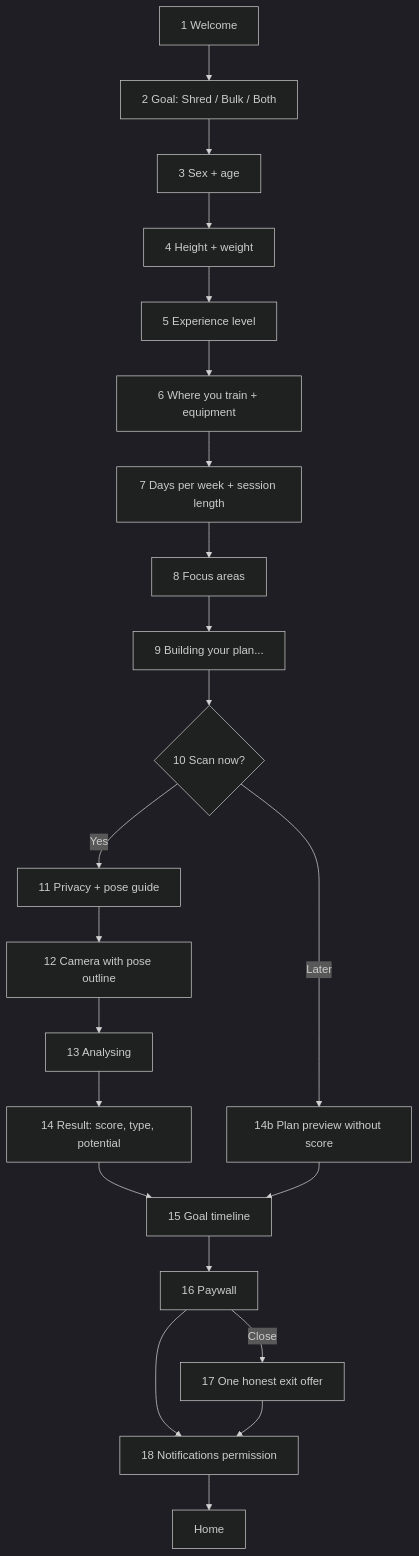
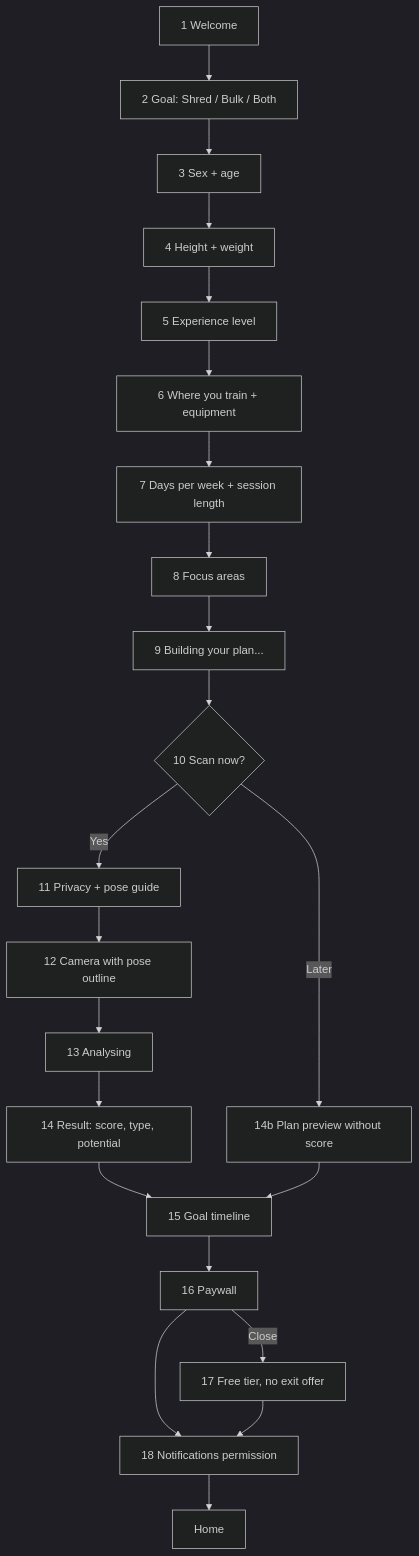
The second of 4 diagrams in DESIGN.md (GXCB06/gymmaxx), drawn with Mermaid (dark theme) before and after one commit. The commit also changed other lines of this file, not shown here.

First line of the commit message:
Design: record UX audit fixes (trust, flows, visual rules)

````diff
--- a/DESIGN.md
+++ b/DESIGN.md
@@ -79,24 +79,24 @@
 ```mermaid
 flowchart TD
     A[1 Welcome] --> B[2 Goal: Shred / Bulk / Both]
     B --> C[3 Sex + age]
     C --> D[4 Height + weight]
     D --> E[5 Experience level]
     E --> F[6 Where you train + equipment]
     F --> G[7 Days per week + session length]
     G --> H[8 Focus areas]
     H --> I[9 Building your plan...]
     I --> J{10 Scan now?}
     J -->|Yes| K[11 Privacy + pose guide]
     K --> L[12 Camera with pose outline]
     L --> M[13 Analysing]
     M --> N[14 Result: score, type, potential]
     J -->|Later| O[14b Plan preview without score]
     N --> P[15 Goal timeline]
     O --> P
     P --> Q[16 Paywall]
-    Q -->|Close| R[17 One honest exit offer]
+    Q -->|Close| R[17 Free tier, no exit offer]
     Q --> S[18 Notifications permission]
     R --> S
     S --> T[Home]
 ```
````
